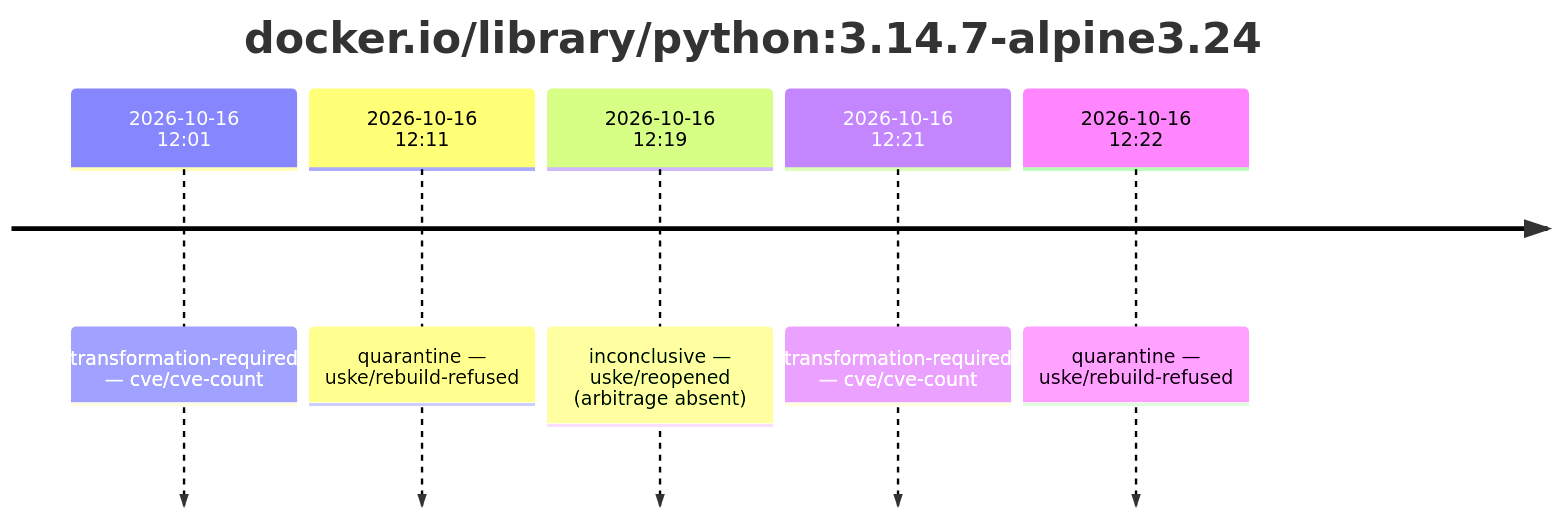
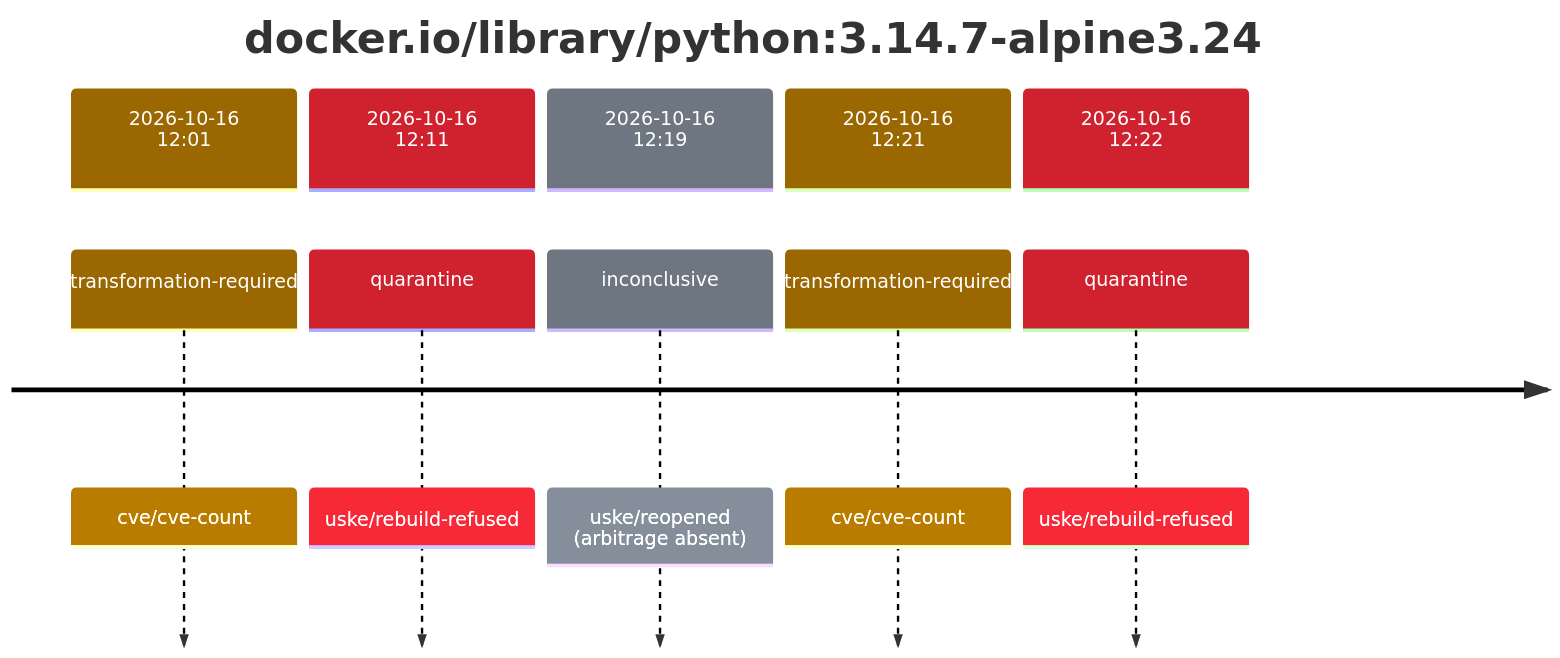
The first of 2 diagrams in results/reports/base-python-3/sha256:0369d89939dd95aa7dc13906d4dc13e389c200b2ebbe28e064a40850306defb9.md (trivoallan/base-images), drawn with Mermaid before and after one commit. The commit also changed other lines of this file and 12 other files, not shown here.

````diff
--- a/results/reports/base-python-3/sha256:0369d89939dd95aa7dc13906d4dc13e389c200b2ebbe28e064a40850306defb9.md
+++ b/results/reports/base-python-3/sha256:0369d89939dd95aa7dc13906d4dc13e389c200b2ebbe28e064a40850306defb9.md
@@ -5,9 +5,15 @@
 ```mermaid
+%%{init: {"theme": "default", "themeVariables": {"cScale0": "#9a6700", "cScaleLabel0": "#ffffff", "cScale1": "#cf222e", "cScaleLabel1": "#ffffff", "cScale2": "#6e7781", "cScaleLabel2": "#ffffff", "cScale3": "#9a6700", "cScaleLabel3": "#ffffff", "cScale4": "#cf222e", "cScaleLabel4": "#ffffff"}}}%%
 timeline
     title docker.io/library/python#58;3.14.7-alpine3.24
-    2026-10-16 12#58;01 : transformation-required — cve/cve-count
-    2026-10-16 12#58;11 : quarantine — uske/rebuild-refused
-    2026-10-16 12#58;19 : inconclusive — uske/reopened (arbitrage absent)
-    2026-10-16 12#58;21 : transformation-required — cve/cve-count
-    2026-10-16 12#58;22 : quarantine — uske/rebuild-refused
+    section 2026-10-16 12#58;01
+        transformation-required : cve/cve-count
+    section 2026-10-16 12#58;11
+        quarantine : uske/rebuild-refused
+    section 2026-10-16 12#58;19
+        inconclusive : uske/reopened (arbitrage absent)
+    section 2026-10-16 12#58;21
+        transformation-required : cve/cve-count
+    section 2026-10-16 12#58;22
+        quarantine : uske/rebuild-refused
 ```
````
